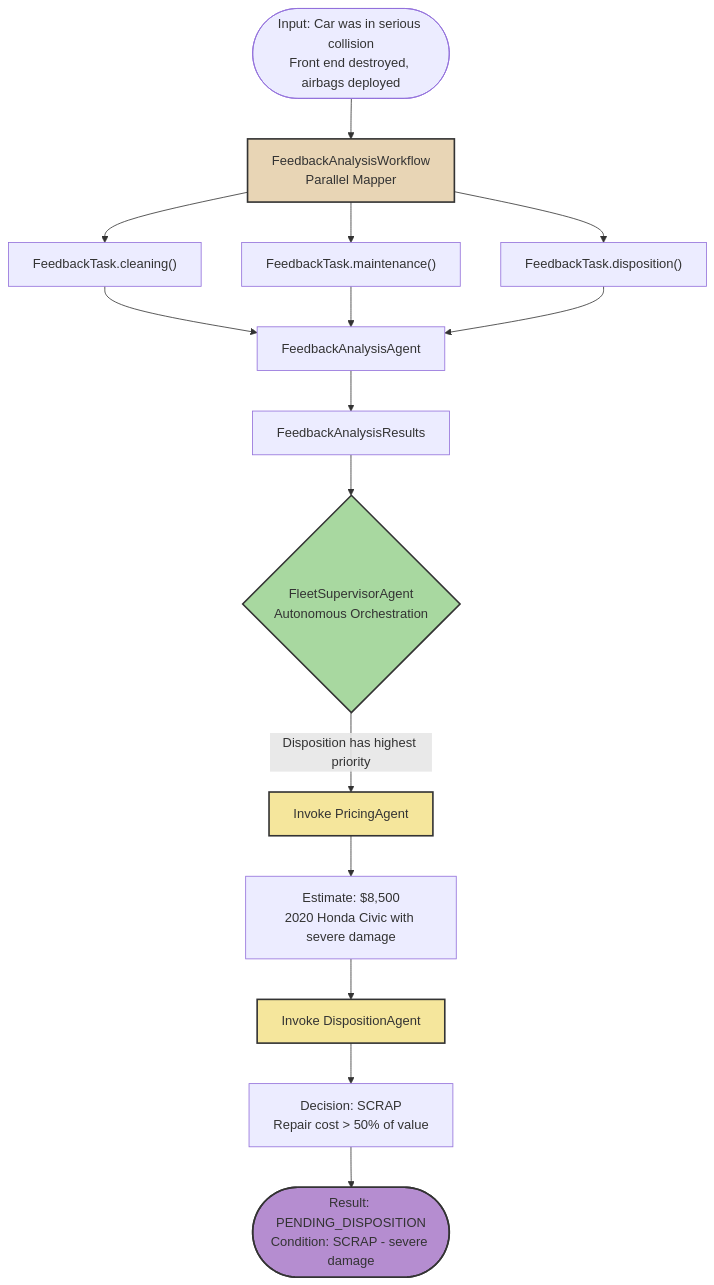
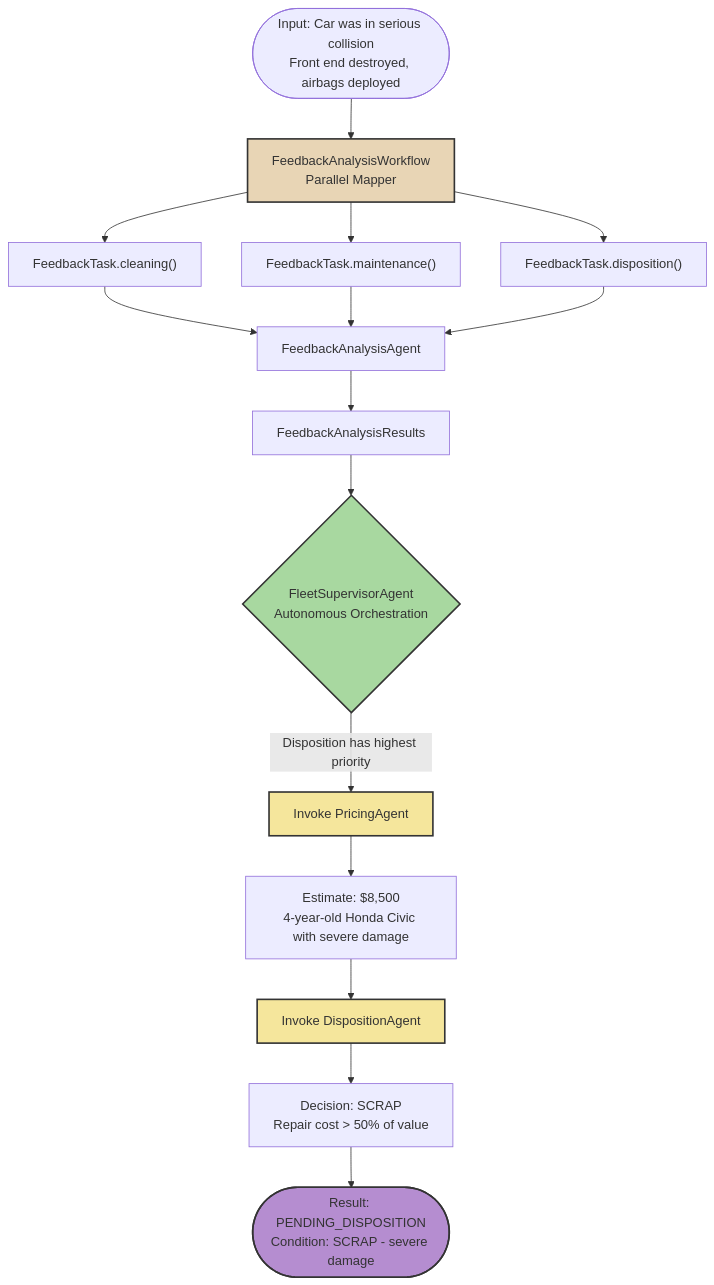
The second of 5 diagrams in docs/docs/section-2/step-04.md (quarkusio/quarkus-workshop-langchain4j), drawn with Mermaid before and after one commit. The commit also changed other lines of this file and 3 other files, not shown here.

````diff
--- a/docs/docs/section-2/step-04.md
+++ b/docs/docs/section-2/step-04.md
@@ -450,26 +450,26 @@
 ```mermaid
 flowchart TD
     Start(["Input: Car was in serious collision<br/>Front end destroyed, airbags deployed"])
 
     Start --> FW["FeedbackAnalysisWorkflow<br/>Parallel Mapper"]
     FW --> T1["FeedbackTask.cleaning()"]
     FW --> T2["FeedbackTask.maintenance()"]
     FW --> T3["FeedbackTask.disposition()"]
     T1 --> A1["FeedbackAnalysisAgent"]
     T2 --> A1
     T3 --> A1
     A1 --> Results["FeedbackAnalysisResults"]
 
     Results --> FSA{"FleetSupervisorAgent<br/>Autonomous Orchestration"}
     FSA -->|"Disposition has highest priority"| PA["Invoke PricingAgent"]
-    PA --> PV["Estimate: $8,500<br/>2020 Honda Civic with severe damage"]
+    PA --> PV["Estimate: $8,500<br/>4-year-old Honda Civic with severe damage"]
     PV --> DA["Invoke DispositionAgent"]
     DA --> DD["Decision: SCRAP<br/>Repair cost > 50% of value"]
     DD --> Result(["Result: PENDING_DISPOSITION<br/>Condition: SCRAP - severe damage"])
 
     style FW fill:#e8d5b5,stroke:#333,stroke-width:2,color:#333
     style FSA fill:#a8d8a0,stroke:#333,stroke-width:2,color:#333
     style PA fill:#f5e69c,stroke:#333,stroke-width:2,color:#333
     style DA fill:#f5e69c,stroke:#333,stroke-width:2,color:#333
     style Result fill:#b58dd0,stroke:#333,stroke-width:2,color:#333
 ```
````
